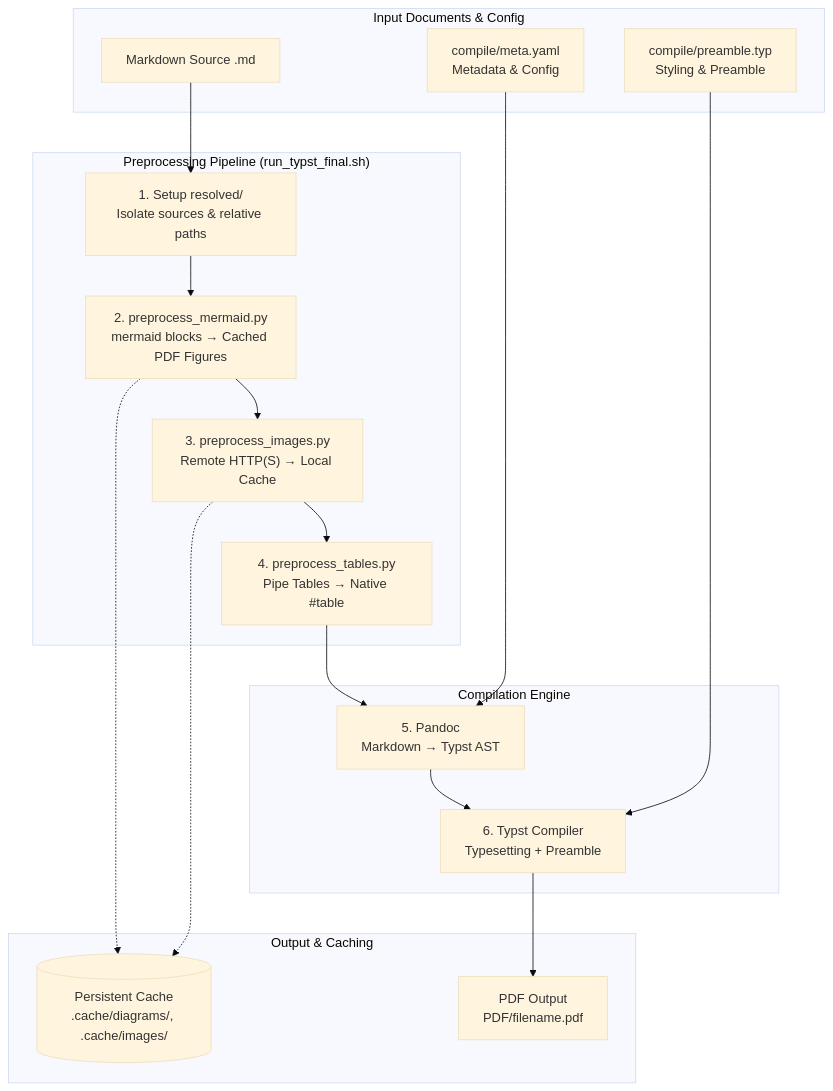
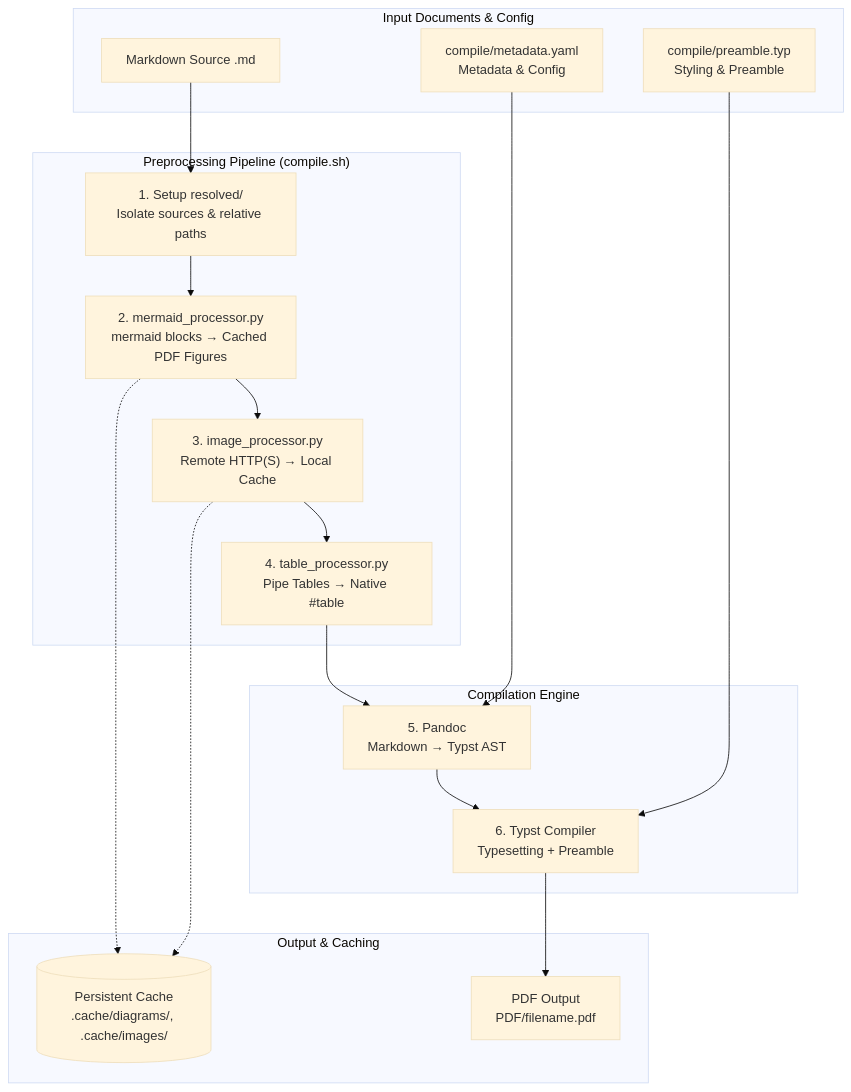
The diagram in README.md (Masrkai/MRKcompile), drawn with Mermaid (base theme) before and after one commit. The commit also changed other lines of this file and 12 other files, not shown here.

````diff
--- a/README.md
+++ b/README.md
@@ -9,37 +9,37 @@
 ```mermaid
 graph TD
     subgraph Input Documents & Config
         MD[Markdown Source .md]
-        Meta["compile/meta.yaml<br/>Metadata & Config"]
+        Meta["compile/metadata.yaml<br/>Metadata & Config"]
         Pre["compile/preamble.typ<br/>Styling & Preamble"]
     end
 
-    subgraph "Preprocessing Pipeline (run_typst_final.sh)"
+    subgraph "Preprocessing Pipeline (compile.sh)"
         Res["1. Setup resolved/<br/>Isolate sources & relative paths"]
-        Mermaid["2. preprocess_mermaid.py<br/>mermaid blocks → Cached PDF Figures"]
-        Images["3. preprocess_images.py<br/>Remote HTTP(S) → Local Cache"]
-        Tables["4. preprocess_tables.py<br/>Pipe Tables → Native #table"]
+        Mermaid["2. mermaid_processor.py<br/>mermaid blocks → Cached PDF Figures"]
+        Images["3. image_processor.py<br/>Remote HTTP(S) → Local Cache"]
+        Tables["4. table_processor.py<br/>Pipe Tables → Native #table"]
     end
 
     subgraph Compilation Engine
         Pandoc["5. Pandoc<br/>Markdown → Typst AST"]
         Typst["6. Typst Compiler<br/>Typesetting + Preamble"]
     end
 
     subgraph Output & Caching
         PDF["PDF Output<br/>PDF/filename.pdf"]
         Cache[("Persistent Cache<br/>.cache/diagrams/, .cache/images/")]
     end
 
     MD --> Res
     Res --> Mermaid
     Mermaid --> Images
     Images --> Tables
     Tables --> Pandoc
     Meta --> Pandoc
     Pre --> Typst
     Pandoc --> Typst
     Typst --> PDF
     Mermaid -.-> Cache
     Images -.-> Cache
 ```
````
